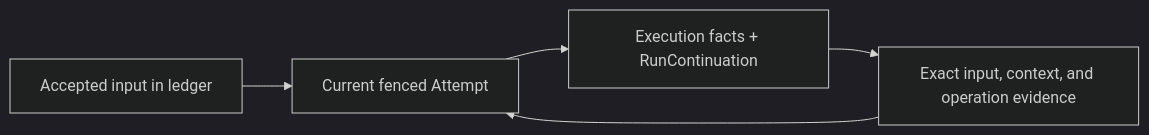
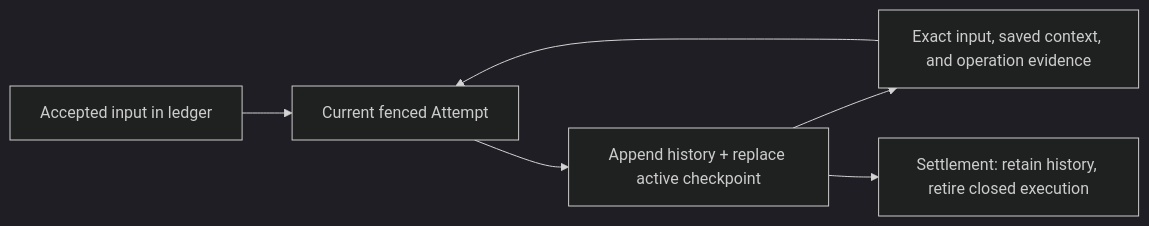
One commit to yielded-dev/agent changed the diagram in docs/src/content/docs/concepts/durability.md. Above: the diagram before and after it, drawn with Mermaid (dark theme). The commit also changed other lines of this file and 60 other files, not shown here.

Commit message:
Persist current Run execution separately from retained history

````diff
--- a/docs/src/content/docs/concepts/durability.md
+++ b/docs/src/content/docs/concepts/durability.md
@@ -84,7 +91,8 @@
 ```mermaid
 flowchart LR
   A[Accepted input in ledger] --> B[Current fenced Attempt]
-  B --> C[Execution facts + RunContinuation]
-  C --> D[Exact input, context, and operation evidence]
+  B --> C[Append history + replace active checkpoint]
+  C --> D[Exact input, saved context, and operation evidence]
   D --> B
+  C --> E[Settlement: retain history, retire closed execution]
 ```
````
